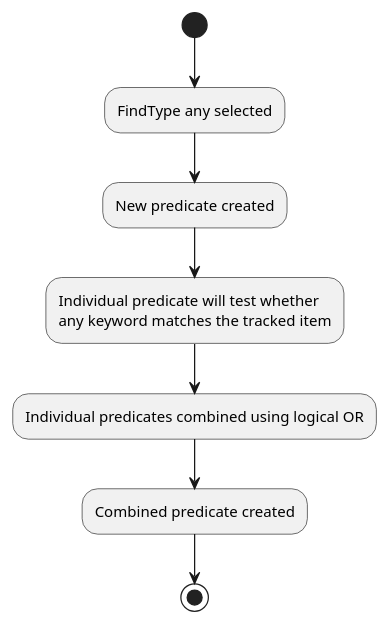
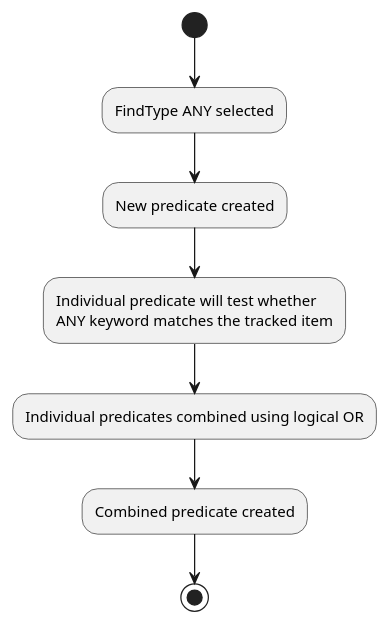
The diagram in docs/diagrams/FindAny.puml (pr4aveen/tp), drawn with PlantUML before and after one commit. The commit also changed 5 other files, not shown here.

Commit message:
Capitalize important words in activity diagram

```diff
--- a/docs/diagrams/FindAny.puml
+++ b/docs/diagrams/FindAny.puml
@@ -1,9 +1,9 @@
 @startuml
-(*)  --> "FindType any selected"
+(*)  --> "FindType ANY selected"
 --> New predicate created
 --> "Individual predicate will test whether
-any keyword matches the tracked item"
+ANY keyword matches the tracked item"
 --> Individual predicates combined using logical OR
 --> Combined predicate created
 -->(*)
 @enduml
```
